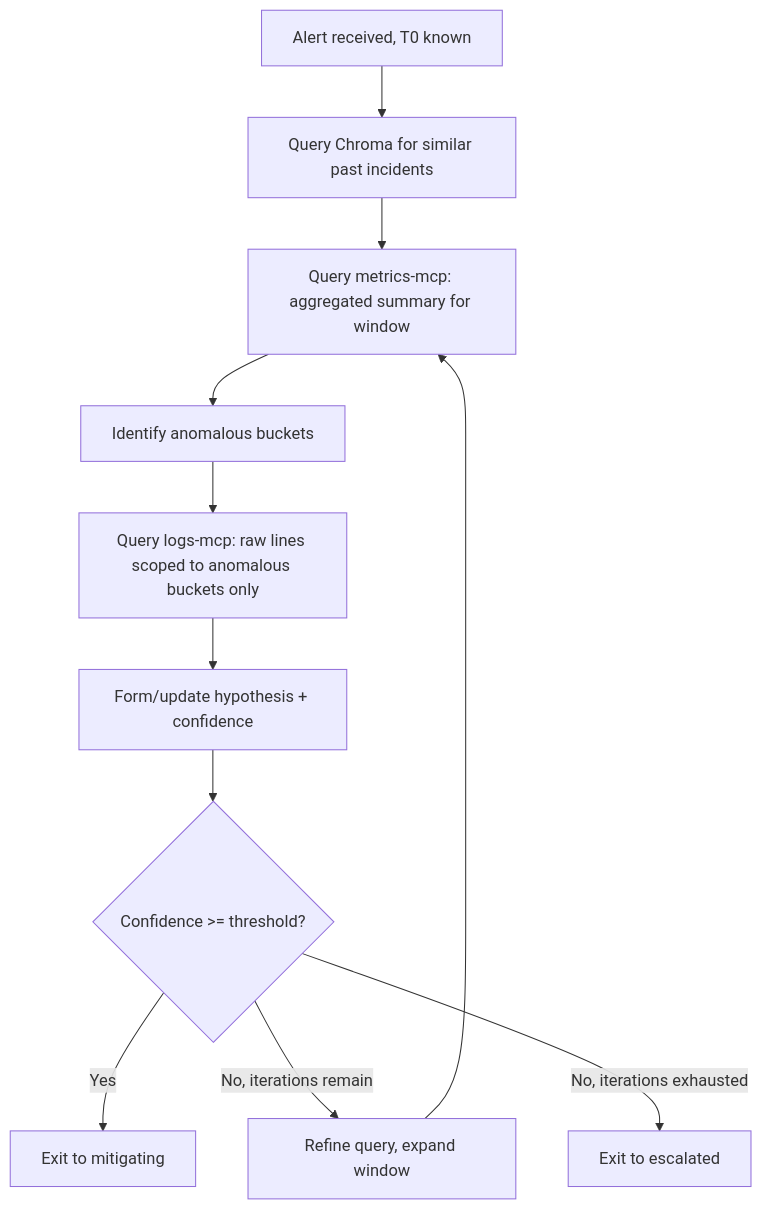
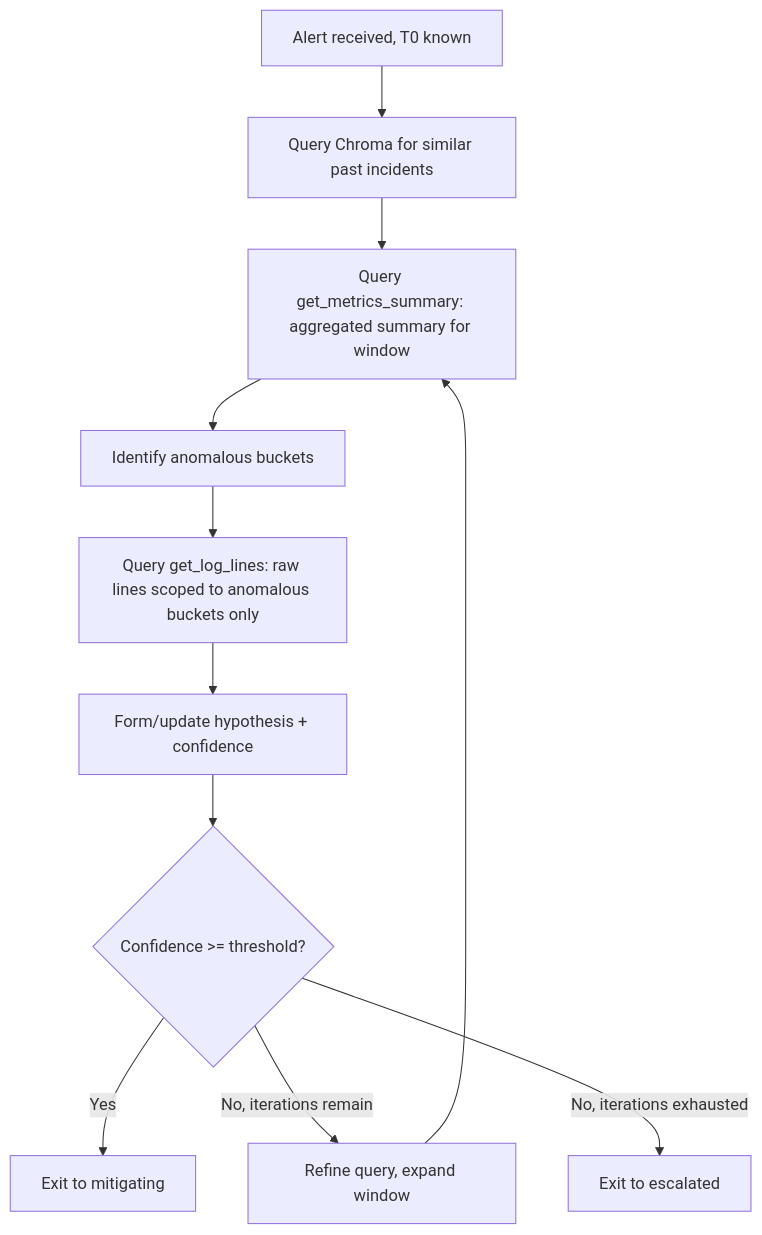
One commit to ohadraz/Argus changed the second of 5 diagrams in docs/spec-and-architecture.md. Above: the diagram before and after it, drawn with Mermaid. The commit also changed other lines of this file and 24 other files, not shown here.

Commit message:
add read-mcp server + typed client, investigator now fetches logs over MCP

````diff
--- a/docs/spec-and-architecture.md
+++ b/docs/spec-and-architecture.md
@@ -191,13 +191,13 @@
 ```mermaid
 flowchart TD
     A[Alert received, T0 known] --> B[Query Chroma for similar past incidents]
-    B --> C[Query metrics-mcp: aggregated summary for window]
+    B --> C[Query get_metrics_summary: aggregated summary for window]
     C --> D[Identify anomalous buckets]
-    D --> E[Query logs-mcp: raw lines scoped to anomalous buckets only]
+    D --> E[Query get_log_lines: raw lines scoped to anomalous buckets only]
     E --> F[Form/update hypothesis + confidence]
     F --> G{Confidence >= threshold?}
     G -->|Yes| H[Exit to mitigating]
     G -->|No, iterations remain| I[Refine query, expand window]
     I --> C
     G -->|No, iterations exhausted| J[Exit to escalated]
 ```
````
